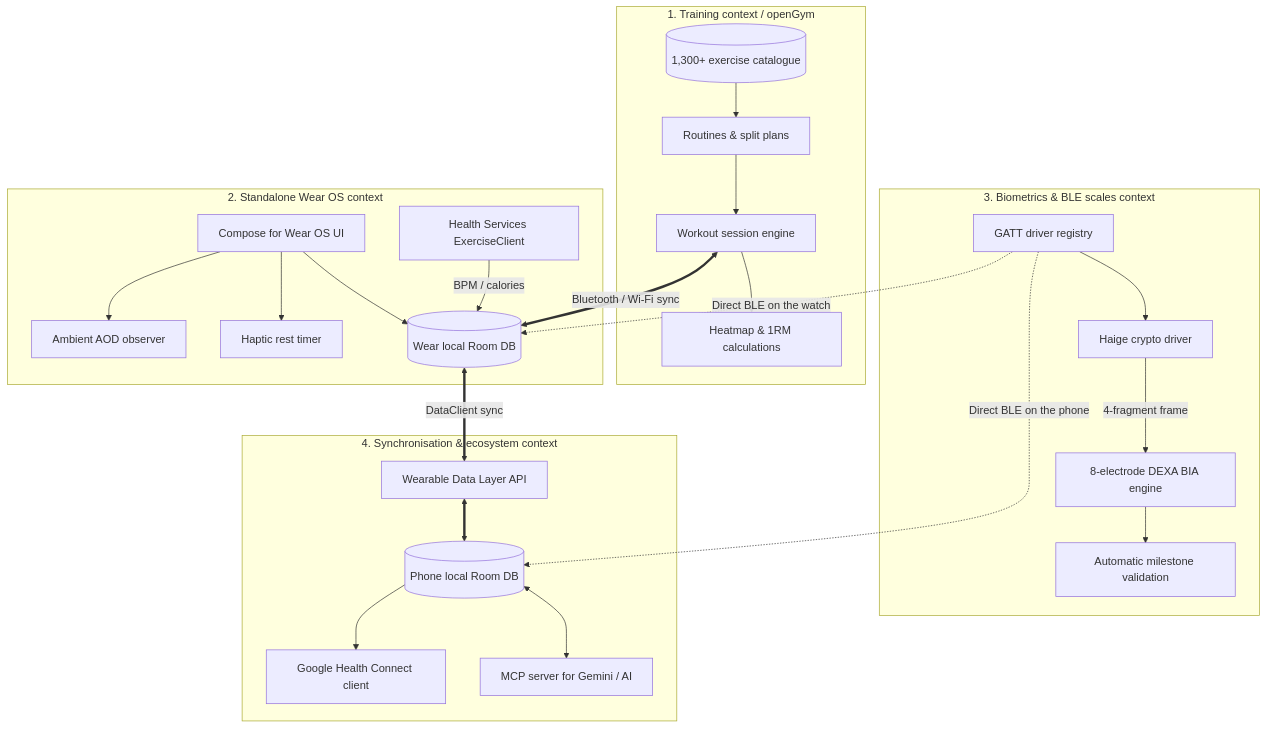
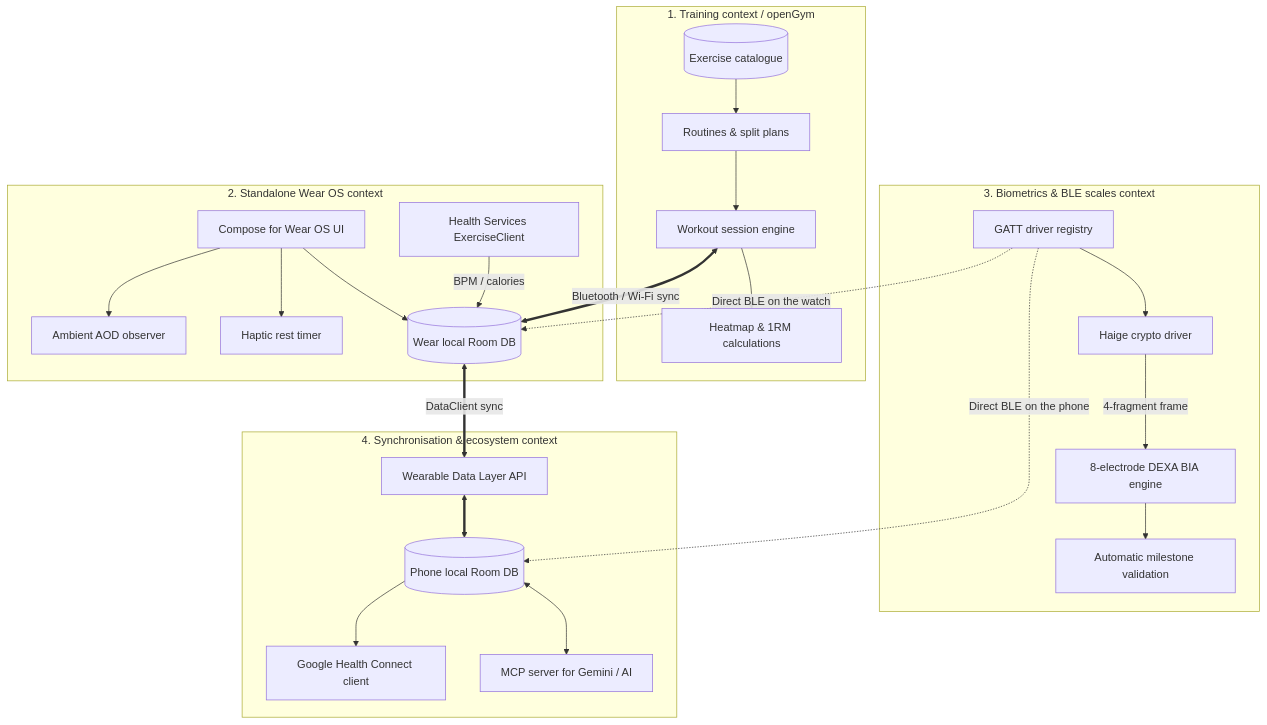
Before and after one commit to DevOpsBenjamin/BodyForger: the first of 4 diagrams in docs/WAYFINDER.md, drawn with Mermaid. The commit also changed 6 other files, not shown here.

````diff
--- a/docs/WAYFINDER.md
+++ b/docs/WAYFINDER.md
@@ -9,53 +9,53 @@
 ```mermaid
 flowchart TB
     subgraph Context_Gym [1. Training context / openGym]
-        ExDB[(1,300+ exercise catalogue)]
+        ExDB[(Exercise catalogue)]
         Routines[Routines & split plans]
         Workout[Workout session engine]
         Volume[Heatmap & 1RM calculations]
 
         ExDB --> Routines
         Routines --> Workout
         Workout --> Volume
     end
 
     subgraph Context_Wear [2. Standalone Wear OS context]
         WearUI[Compose for Wear OS UI]
         HS_Client[Health Services ExerciseClient]
         Ambient[Ambient AOD observer]
         HapticTimer[Haptic rest timer]
         WearDB[(Wear local Room DB)]
 
         WearUI --> WearDB
         HS_Client -->|BPM / calories| WearDB
         WearUI --> Ambient
         WearUI --> HapticTimer
     end
 
     subgraph Context_BIA [3. Biometrics & BLE scales context]
         ScaleDriver[GATT driver registry]
         Haige[Haige crypto driver]
         DexaEngine[8-electrode DEXA BIA engine]
         Milestones[Automatic milestone validation]
 
         ScaleDriver --> Haige
         Haige -->|4-fragment frame| DexaEngine
         DexaEngine --> Milestones
     end
 
     subgraph Context_Sync [4. Synchronisation & ecosystem context]
         DataLayer[Wearable Data Layer API]
         MobileDB[(Phone local Room DB)]
         HealthConnect[Google Health Connect client]
         MCPServer[MCP server for Gemini / AI]
 
         MobileDB --> HealthConnect
         MobileDB <--> MCPServer
     end
 
     Workout <==>|Bluetooth / Wi-Fi sync| WearDB
     ScaleDriver -.->|Direct BLE on the watch| WearDB
     ScaleDriver -.->|Direct BLE on the phone| MobileDB
     WearDB <==>|DataClient sync| DataLayer
     DataLayer <==> MobileDB
 ```
````
